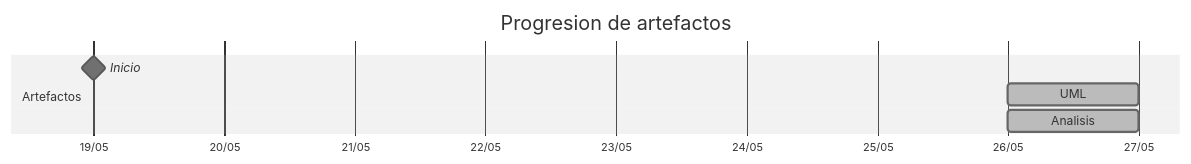
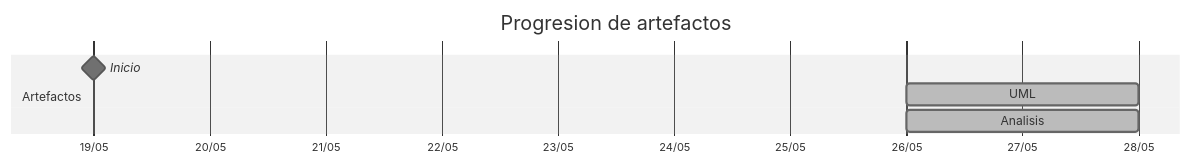
Before and after one commit to carlos-alvarado-25/25-26-idsw2-sdVC: the diagram in TIMELINES/aeRomeroz.md, drawn with Mermaid (neutral theme). The commit also changed 12 other files, not shown here.

````diff
--- a/TIMELINES/aeRomeroz.md
+++ b/TIMELINES/aeRomeroz.md
@@ -15,10 +15,10 @@
 ```mermaid
 gantt
     title Progresion de artefactos
     dateFormat YYYY-MM-DD
     axisFormat %d/%m
     section Artefactos
         Inicio       :milestone, 2026-05-19, 0d
-        UML          :done, 2026-05-26, 2026-05-27
-        Analisis     :done, 2026-05-26, 2026-05-27
+        UML          :done, 2026-05-26, 2026-05-28
+        Analisis     :done, 2026-05-26, 2026-05-28
 ```
````
